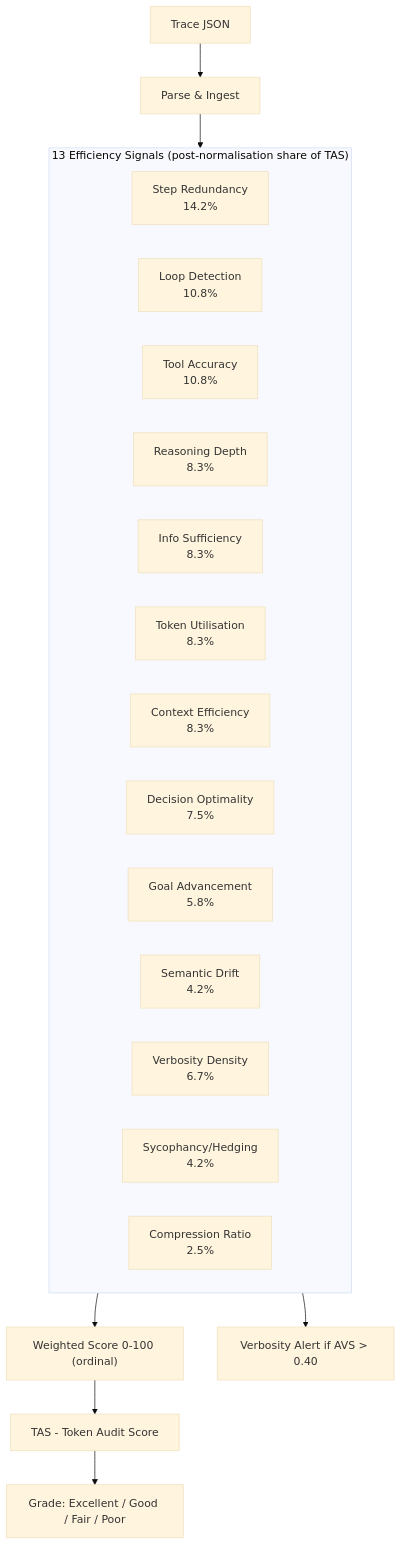
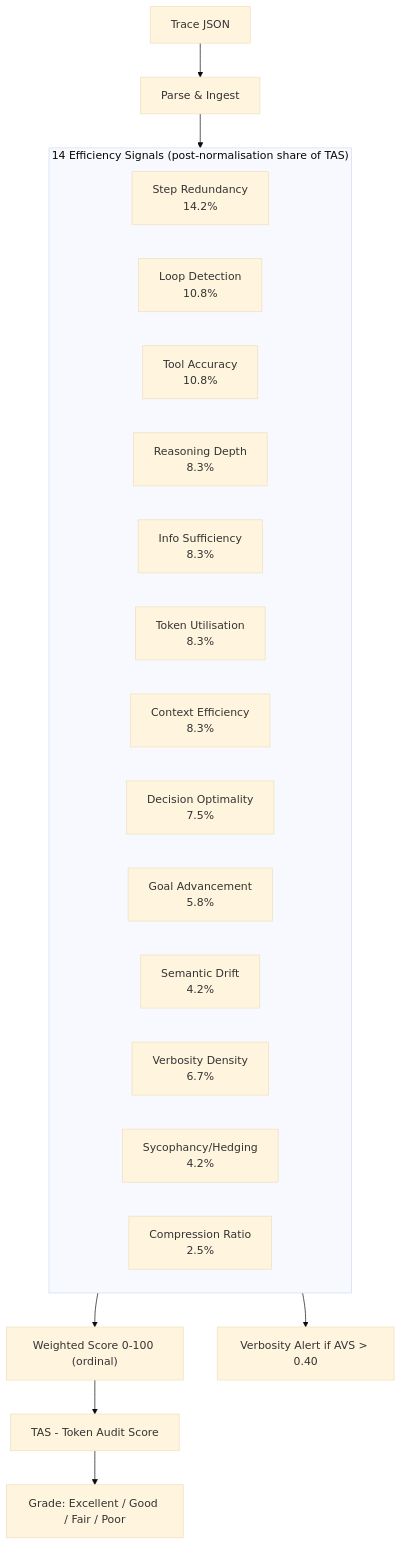
Before and after one commit to ZulfaqarHafez/TraceRazor: the first of 4 diagrams in README.md, drawn with Mermaid (base theme). The commit also changed other lines of this file and 10 other files, not shown here.

First line of the commit message:
Promote OBS (observation token share) into the TAS composite

````diff
--- a/README.md
+++ b/README.md
@@ -75,27 +75,27 @@
 ```mermaid
 flowchart TD
     T[Trace JSON] --> P[Parse & Ingest]
     P --> M
 
-    subgraph M["13 Efficiency Signals (post-normalisation share of TAS)"]
+    subgraph M["14 Efficiency Signals (post-normalisation share of TAS)"]
         direction LR
         S1["Step Redundancy\n14.2%"]
         S2["Loop Detection\n10.8%"]
         S3["Tool Accuracy\n10.8%"]
         S4["Reasoning Depth\n8.3%"]
         S5["Info Sufficiency\n8.3%"]
         S6["Token Utilisation\n8.3%"]
         S7["Context Efficiency\n8.3%"]
         S8["Decision Optimality\n7.5%"]
         S9["Goal Advancement\n5.8%"]
         S10["Semantic Drift\n4.2%"]
         V1["Verbosity Density\n6.7%"]
         V2["Sycophancy/Hedging\n4.2%"]
         V3["Compression Ratio\n2.5%"]
     end
 
     M --> W["Weighted Score 0-100 (ordinal)"]
     W --> TAS["TAS - Token Audit Score"]
     TAS --> G["Grade: Excellent / Good / Fair / Poor"]
     M --> AVS["Verbosity Alert if AVS > 0.40"]
 ```
````
